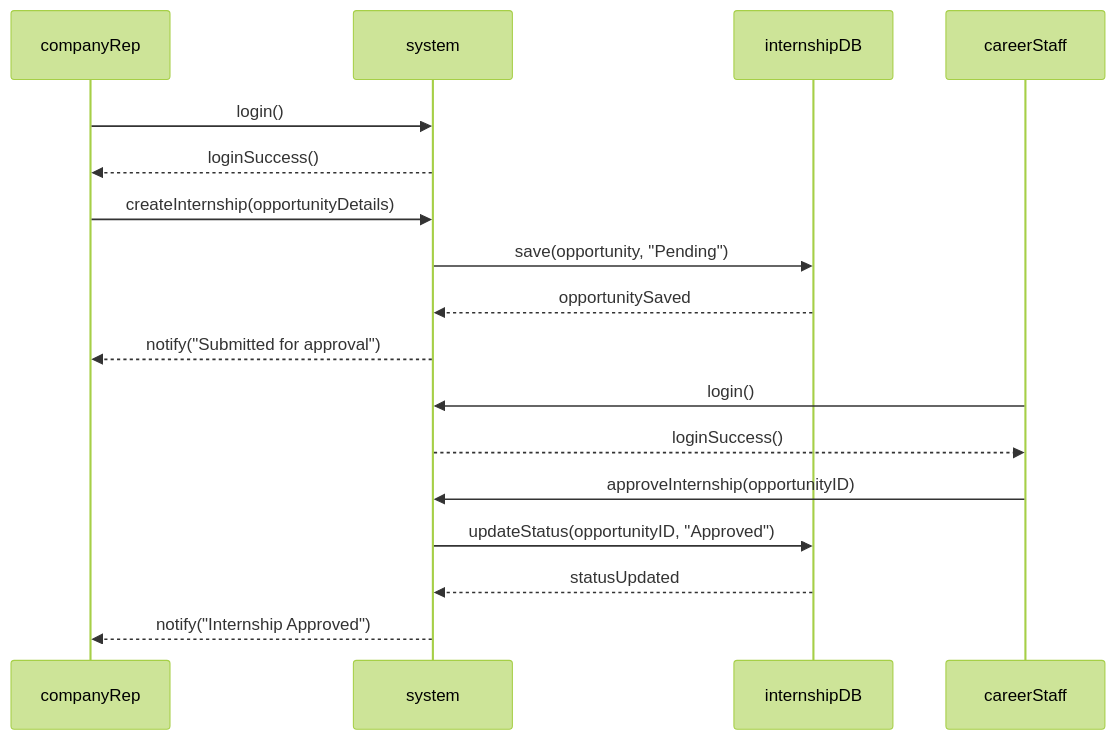
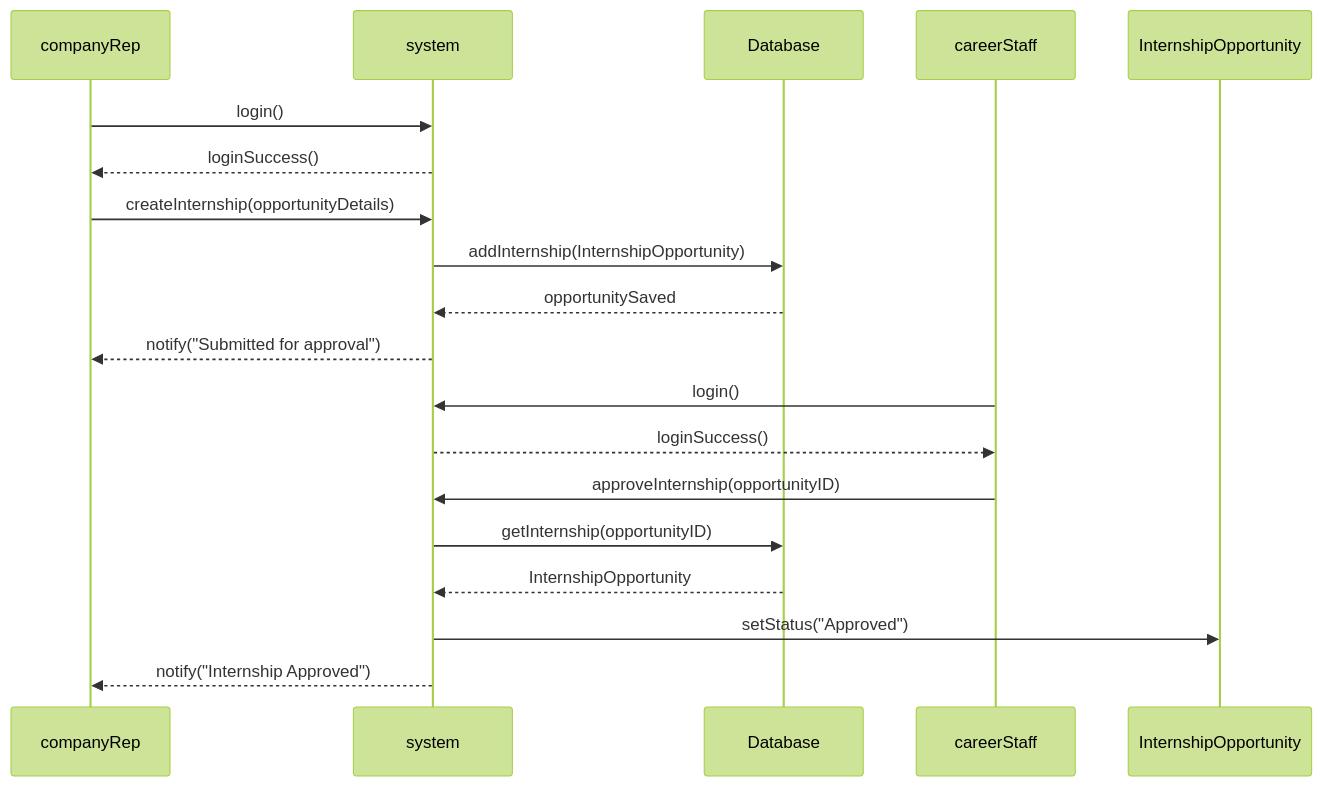
Before and after one commit to AY25-26-Sem-1-SC2002-SDDA-Group-1/sc2002-oop-assignment: the third of 8 diagrams in README.md, drawn with Mermaid (forest theme). The commit also changed other lines of this file, not shown here.

Commit message:
Updated UML diagrams with helper I/O Class

````diff
--- a/README.md
+++ b/README.md
@@ -208,24 +321,25 @@
 ```mermaid
 sequenceDiagram
     participant companyRep
     participant system
-    participant internshipDB
+    participant Database
     participant careerStaff
 
     companyRep->>system: login()
     system-->>companyRep: loginSuccess()
 
     companyRep->>system: createInternship(opportunityDetails)
-    system->>internshipDB: save(opportunity, "Pending")
-    internshipDB-->>system: opportunitySaved
+    system->>Database: addInternship(InternshipOpportunity)
+    Database-->>system: opportunitySaved
     system-->>companyRep: notify("Submitted for approval")
 
     careerStaff->>system: login()
     system-->>careerStaff: loginSuccess()
 
     careerStaff->>system: approveInternship(opportunityID)
-    system->>internshipDB: updateStatus(opportunityID, "Approved")
-    internshipDB-->>system: statusUpdated
+    system->>Database: getInternship(opportunityID)
+    Database-->>system: InternshipOpportunity
+    system->>InternshipOpportunity: setStatus("Approved")
     system-->>companyRep: notify("Internship Approved")
 
 ```
````
